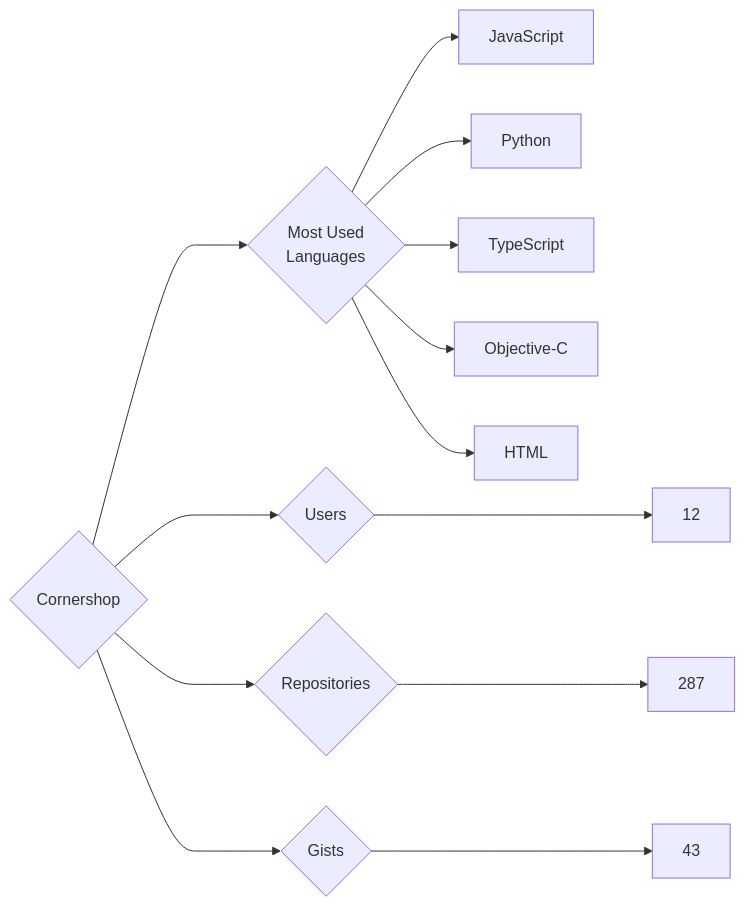
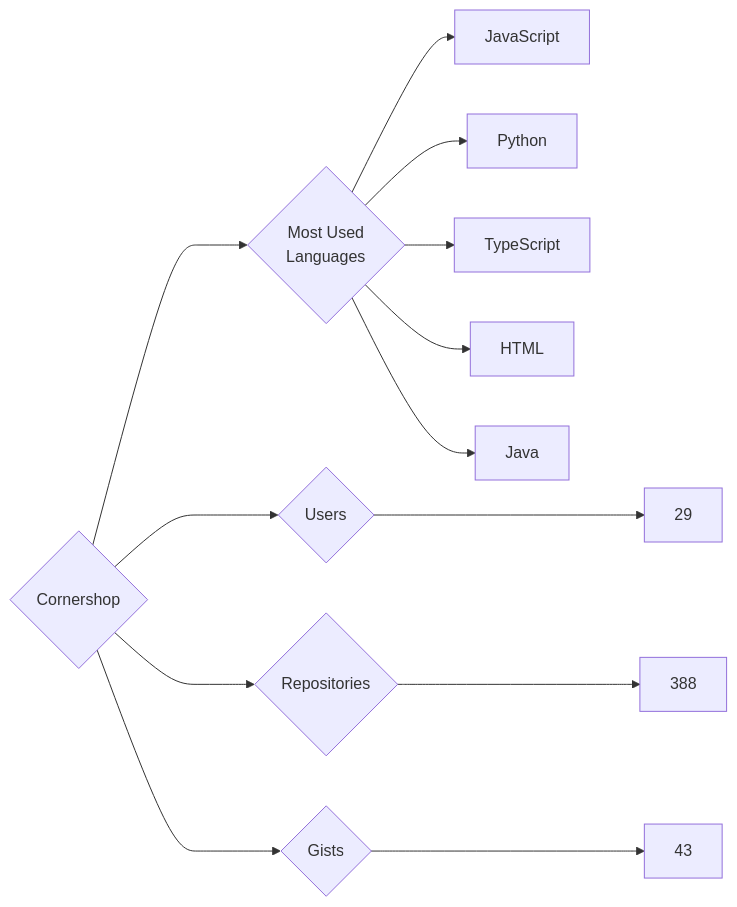
Before and after one commit to trickest/insiders: the diagram in targets/Cornershop/README.md, drawn with Mermaid. The commit also changed 640 other files, not shown here.

````diff
--- a/targets/Cornershop/README.md
+++ b/targets/Cornershop/README.md
@@ -3,13 +3,13 @@
 ```mermaid
 graph LR
 COMPANY_NAME{Cornershop}
-COMPANY_NAME ---> U{Users} ---> UN[12]
-COMPANY_NAME ---> R{Repositories} ---> RN[287]
+COMPANY_NAME ---> U{Users} ---> UN[29]
+COMPANY_NAME ---> R{Repositories} ---> RN[388]
 COMPANY_NAME ---> G{Gists} ---> GN[43]
 COMPANY_NAME ---> ML{Most Used<br>Languages}
 ML --> JavaScript[JavaScript]
 ML --> Python[Python]
 ML --> TypeScript[TypeScript]
-ML --> Objective-C[Objective-C]
 ML --> HTML[HTML]
+ML --> Java[Java]
 ```
````
